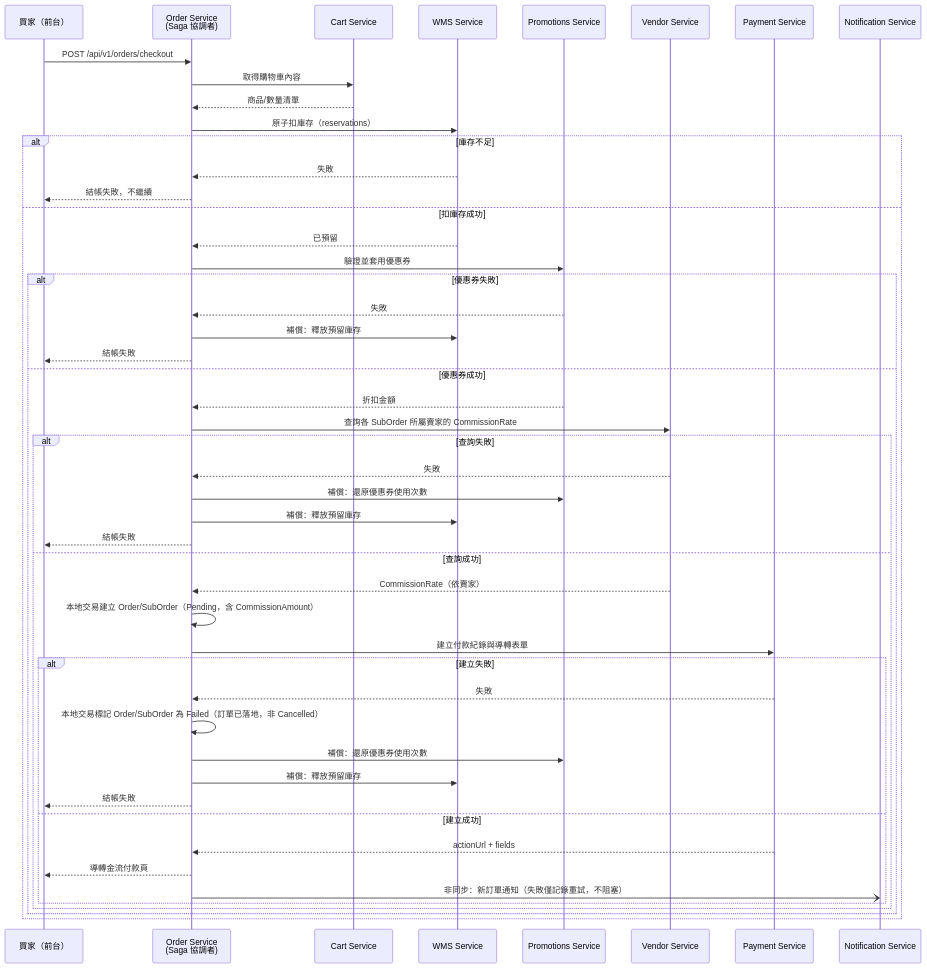
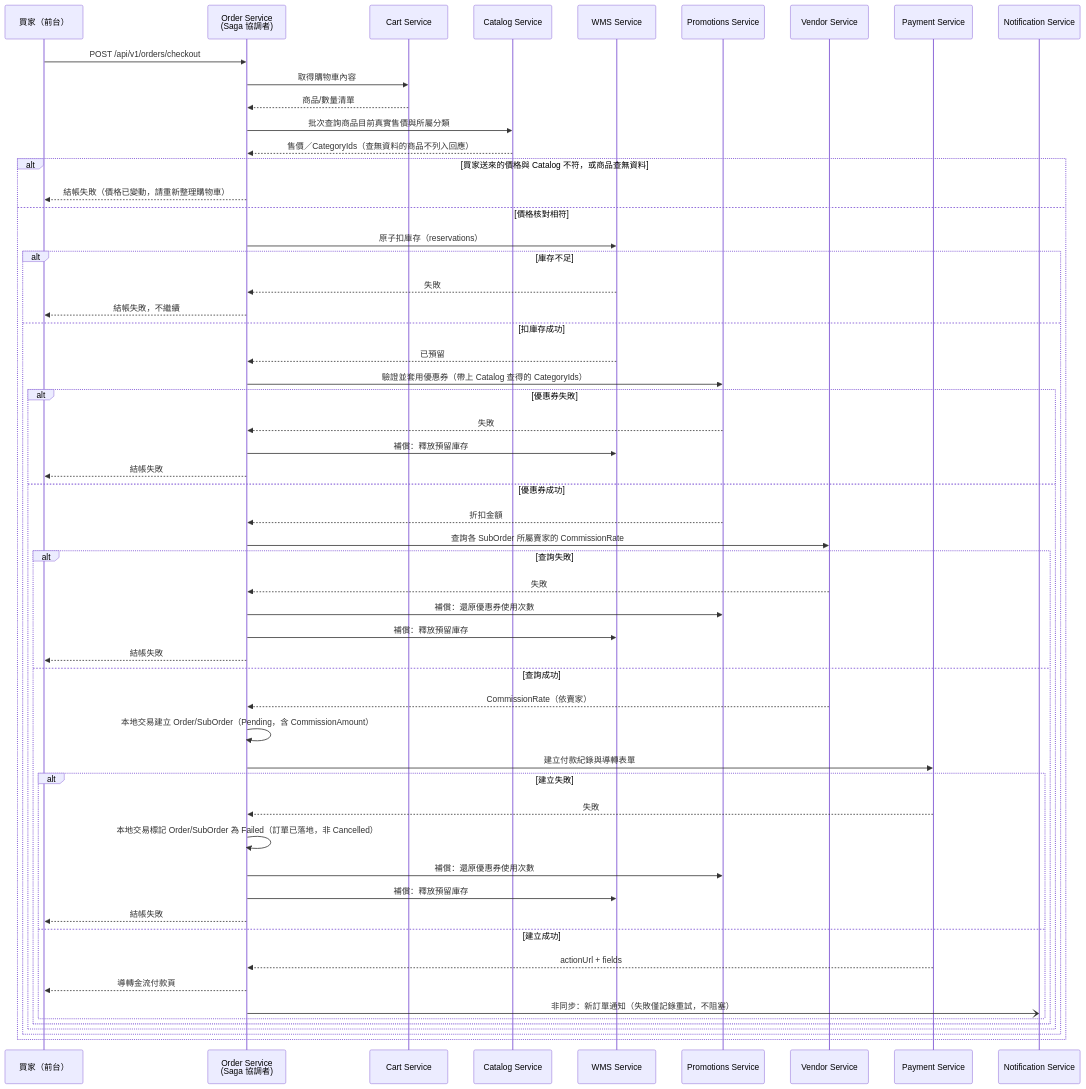
Before and after one commit to roycecole/suxo-shop-spec: the second of 2 diagrams in docs/17-service-order.md, drawn with Mermaid. The commit also changed other lines of this file and 2 other files, not shown here.

Commit message:
docs: 結帳 Saga 新增步驟 1.5（Catalog 批次核價），修正單價竄改與分類優惠券缺口
對應 ecommerce-services 同日 commit「fix(order,catalog): 結帳 Saga 改用
Catalog 權威售價計算金額」，把稽核發現並已在程式碼修正的資安缺口回寫進規格：

- 17-service-order.md（v0.13）：§4 結帳 Saga 新增步驟 1.5，循序圖新增
  Catalog 參與者與價格核對分支；§2 OrderItem.Price 註記為伺服器權威來源；
  服務數由六個改為七個。步驟編號刻意標「1.5」而非整段重編——13/14/16/18/23
  與程式碼註解已大量引用既有的「步驟 2」＝WMS、「步驟 6」＝Payment 等編號，
  整段重編代價大於編號好看。

- 12-service-catalog.md（v0.8）：§5 新增內部端點
  POST /internal/v1/catalog/products/batch，記錄有效售價規則（特價優先於
  原價，無生效期間欄位）與批次查無資料慣例。

- 16-service-promotions.md（v0.9）：新增 §4.1「優惠券適用範圍檢查」——
  本服務先前完全沒有文件描述 ScopeType/ScopeTargetIds 的實際判斷規則，
  稽核時一併補上；並記錄稽核結論：本服務的範圍檢查邏輯與契約本身沒有問題
  （SpecificCategories 兩個方向皆有獨立測試），缺口完全在 Order 未曾查詢
  商品分類、恆傳空 categoryIds，非本服務需要修改的範圍。

````diff
--- a/docs/17-service-order.md
+++ b/docs/17-service-order.md
@@ -120,52 +121,59 @@
 ```mermaid
 sequenceDiagram
     participant Buyer as 買家（前台）
     participant Order as Order Service<br/>(Saga 協調者)
     participant Cart as Cart Service
+    participant Catalog as Catalog Service
     participant WMS as WMS Service
     participant Promo as Promotions Service
     participant Vendor as Vendor Service
     participant Pay as Payment Service
     participant Noti as Notification Service
 
     Buyer->>Order: POST /api/v1/orders/checkout
     Order->>Cart: 取得購物車內容
     Cart-->>Order: 商品/數量清單
-    Order->>WMS: 原子扣庫存（reservations）
-    alt 庫存不足
-        WMS-->>Order: 失敗
-        Order-->>Buyer: 結帳失敗，不繼續
-    else 扣庫存成功
-        WMS-->>Order: 已預留
-        Order->>Promo: 驗證並套用優惠券
-        alt 優惠券失敗
-            Promo-->>Order: 失敗
-            Order->>WMS: 補償：釋放預留庫存
-            Order-->>Buyer: 結帳失敗
-        else 優惠券成功
-            Promo-->>Order: 折扣金額
-            Order->>Vendor: 查詢各 SubOrder 所屬賣家的 CommissionRate
-            alt 查詢失敗
-                Vendor-->>Order: 失敗
-                Order->>Promo: 補償：還原優惠券使用次數
+    Order->>Catalog: 批次查詢商品目前真實售價與所屬分類
+    Catalog-->>Order: 售價／CategoryIds（查無資料的商品不列入回應）
+    alt 買家送來的價格與 Catalog 不符，或商品查無資料
+        Order-->>Buyer: 結帳失敗（價格已變動，請重新整理購物車）
+    else 價格核對相符
+        Order->>WMS: 原子扣庫存（reservations）
+        alt 庫存不足
+            WMS-->>Order: 失敗
+            Order-->>Buyer: 結帳失敗，不繼續
+        else 扣庫存成功
+            WMS-->>Order: 已預留
+            Order->>Promo: 驗證並套用優惠券（帶上 Catalog 查得的 CategoryIds）
+            alt 優惠券失敗
+                Promo-->>Order: 失敗
                 Order->>WMS: 補償：釋放預留庫存
                 Order-->>Buyer: 結帳失敗
-            else 查詢成功
-                Vendor-->>Order: CommissionRate（依賣家）
-                Order->>Order: 本地交易建立 Order/SubOrder（Pending，含 CommissionAmount）
-                Order->>Pay: 建立付款紀錄與導轉表單
-                alt 建立失敗
-                    Pay-->>Order: 失敗
-                    Order->>Order: 本地交易標記 Order/SubOrder 為 Failed（訂單已落地，非 Cancelled）
+            else 優惠券成功
+                Promo-->>Order: 折扣金額
+                Order->>Vendor: 查詢各 SubOrder 所屬賣家的 CommissionRate
+                alt 查詢失敗
+                    Vendor-->>Order: 失敗
                     Order->>Promo: 補償：還原優惠券使用次數
                     Order->>WMS: 補償：釋放預留庫存
                     Order-->>Buyer: 結帳失敗
-                else 建立成功
-                    Pay-->>Order: actionUrl + fields
-                    Order-->>Buyer: 導轉金流付款頁
-                    Order-)Noti: 非同步：新訂單通知（失敗僅記錄重試，不阻塞）
+                else 查詢成功
+                    Vendor-->>Order: CommissionRate（依賣家）
+                    Order->>Order: 本地交易建立 Order/SubOrder（Pending，含 CommissionAmount）
+                    Order->>Pay: 建立付款紀錄與導轉表單
+                    alt 建立失敗
+                        Pay-->>Order: 失敗
+                        Order->>Order: 本地交易標記 Order/SubOrder 為 Failed（訂單已落地，非 Cancelled）
+                        Order->>Promo: 補償：還原優惠券使用次數
+                        Order->>WMS: 補償：釋放預留庫存
+                        Order-->>Buyer: 結帳失敗
+                    else 建立成功
+                        Pay-->>Order: actionUrl + fields
+                        Order-->>Buyer: 導轉金流付款頁
+                        Order-)Noti: 非同步：新訂單通知（失敗僅記錄重試，不阻塞）
+                    end
                 end
             end
         end
     end
 ```
````
